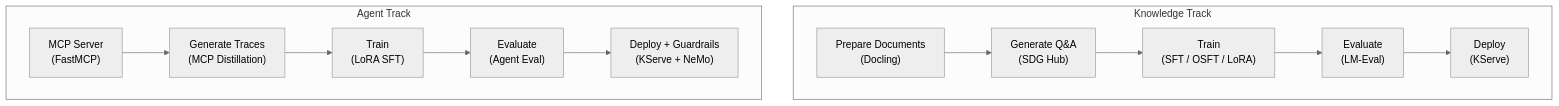
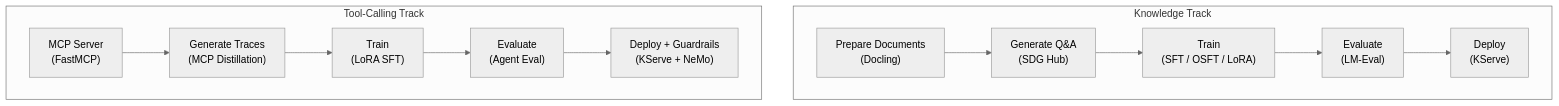
One commit to rrbanda/rhoai changed the diagram in docs/end-to-end/index.md. Above: the diagram before and after it, drawn with Mermaid (neutral theme). The commit also changed other lines of this file and 12 other files, not shown here.

First line of the commit message:
rename: 'Financial Agent Pipeline' → 'Tool-Calling Model Pipeline'

````diff
--- a/docs/end-to-end/index.md
+++ b/docs/end-to-end/index.md
@@ -33,15 +33,15 @@
 ```mermaid
 graph TD
     subgraph knowledge [Knowledge Track]
         K1["Prepare Documents<br/>(Docling)"] --> K2["Generate Q&A<br/>(SDG Hub)"]
         K2 --> K3["Train<br/>(SFT / OSFT / LoRA)"]
         K3 --> K4["Evaluate<br/>(LM-Eval)"]
         K4 --> K5["Deploy<br/>(KServe)"]
     end
-    subgraph agent [Agent Track]
+    subgraph agent [Tool-Calling Track]
         A1["MCP Server<br/>(FastMCP)"] --> A2["Generate Traces<br/>(MCP Distillation)"]
         A2 --> A3["Train<br/>(LoRA SFT)"]
         A3 --> A4["Evaluate<br/>(Agent Eval)"]
         A4 --> A5["Deploy + Guardrails<br/>(KServe + NeMo)"]
     end
 ```
````
